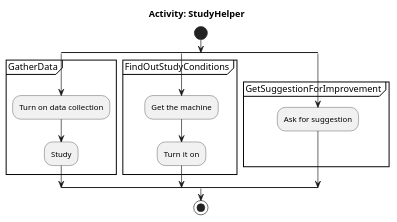
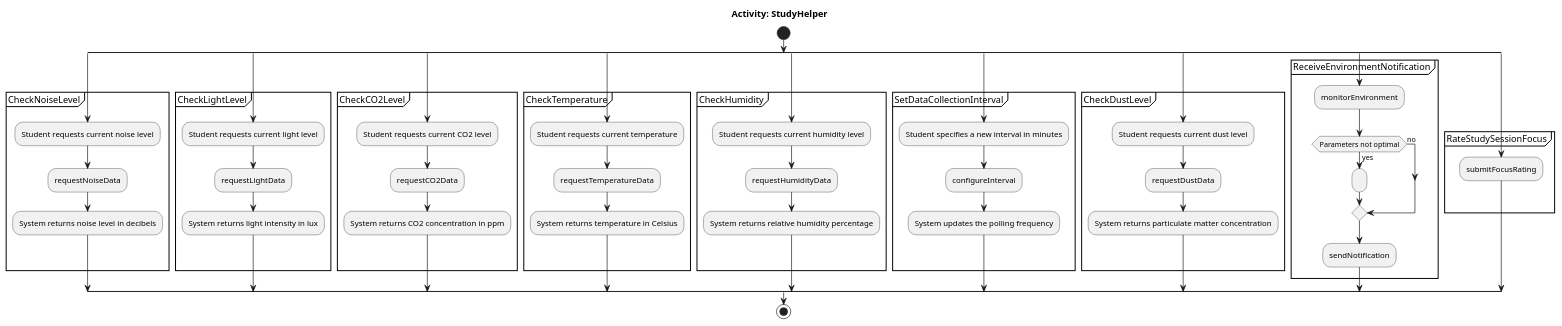
Before and after one commit to SEP4Real/SEP4: the diagram in Documentation/Analysis/activity.puml, drawn with PlantUML. The commit also changed 22 other files, not shown here.

```diff
--- a/Documentation/Analysis/activity.puml
+++ b/Documentation/Analysis/activity.puml
@@ -1,27 +1,80 @@
 @startuml StudyHelper_Activity
 ' PlantUML generated by MODT
 skinparam MessageAlign center
 title Activity: StudyHelper
 start
 split
-partition "GatherData" {
-    label GatherData_start
-    :Turn on data collection;
-    :Study;
-    label GatherData_end
+partition "CheckNoiseLevel" {
+    label CheckNoiseLevel_start
+    :Student requests current noise level;
+    :requestNoiseData;
+    :System returns noise level in decibels;
+    label CheckNoiseLevel_end
 }
 split again
-partition "FindOutStudyConditions" {
-    label FindOutStudyConditions_start
-    :Get the machine;
-    :Turn it on;
-    label FindOutStudyConditions_end
+partition "CheckLightLevel" {
+    label CheckLightLevel_start
+    :Student requests current light level;
+    :requestLightData;
+    :System returns light intensity in lux;
+    label CheckLightLevel_end
 }
 split again
-partition "GetSuggestionForImprovement" {
-    :Ask for suggestion;
-    label GetSuggestionForImprovement_end
+partition "CheckCO2Level" {
+    label CheckCO2Level_start
+    :Student requests current CO2 level;
+    :requestCO2Data;
+    :System returns CO2 concentration in ppm;
+    label CheckCO2Level_end
+}
+split again
+partition "CheckTemperature" {
+    label CheckTemperature_start
+    :Student requests current temperature;
+    :requestTemperatureData;
+    :System returns temperature in Celsius;
+    label CheckTemperature_end
+}
+split again
+partition "CheckHumidity" {
+    label CheckHumidity_start
+    :Student requests current humidity level;
+    :requestHumidityData;
+    :System returns relative humidity percentage;
+    label CheckHumidity_end
+}
+split again
+partition "SetDataCollectionInterval" {
+    label SetDataCollectionInterval_start
+    :Student specifies a new interval in minutes;
+    :configureInterval;
+    :System updates the polling frequency;
+    label SetDataCollectionInterval_end
+}
+split again
+partition "CheckDustLevel" {
+    label CheckDustLevel_start
+    :Student requests current dust level;
+    :requestDustData;
+    :System returns particulate matter concentration;
+    label CheckDustLevel_end
+}
+split again
+partition "ReceiveEnvironmentNotification" {
+    :monitorEnvironment;
+    label ReceiveEnvironmentNotification_
+    if (Parameters not optimal) then (yes)
+      :;
+    else (no)
+    endif
+    :sendNotification;
+    label ReceiveEnvironmentNotification_end
+}
+split again
+partition "RateStudySessionFocus" {
+    :submitFocusRating;
+    label RateStudySessionFocus_end
 }
 endsplit
 stop
 @enduml
```
